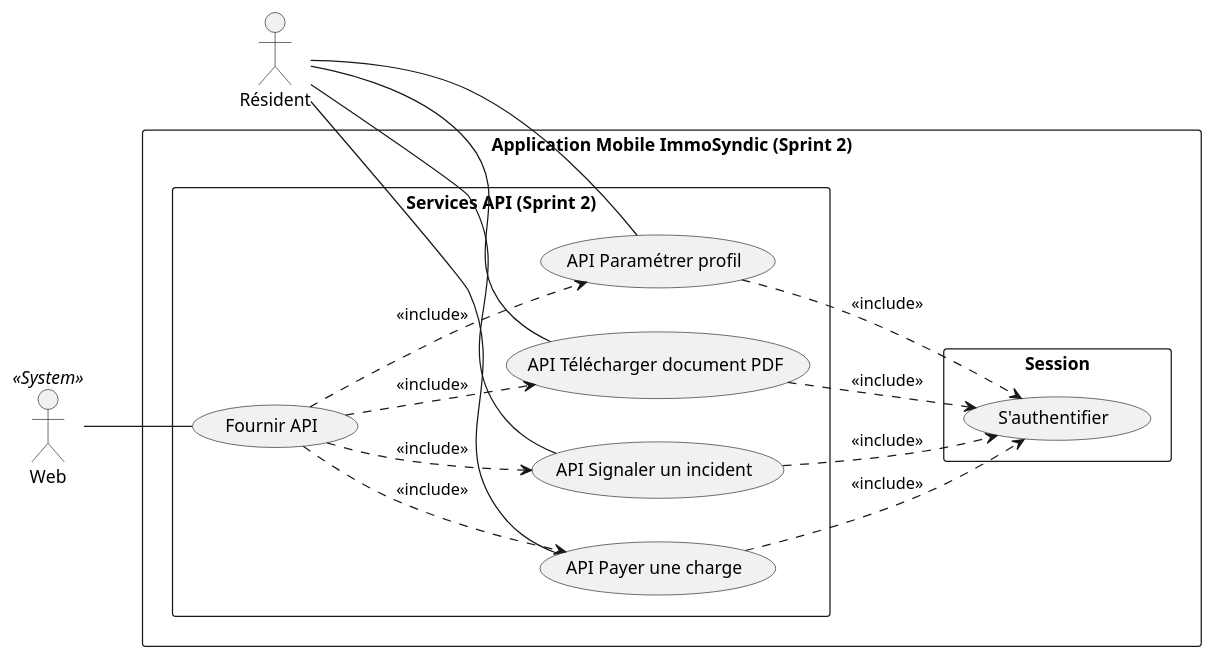
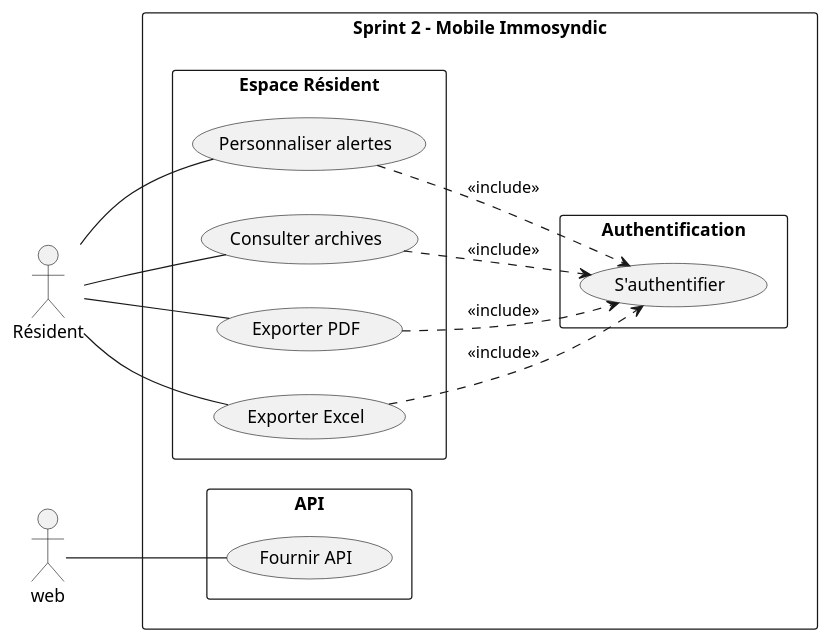
One commit to fadna-lakhouchen/Projet-finale changed the diagram in analyse/ideation/cas_utilisation/use_case_sprint2_mobile.puml. Above: the diagram before and after it, drawn with PlantUML. The commit also changed 27 other files, not shown here.

```diff
--- a/analyse/ideation/cas_utilisation/use_case_sprint2_mobile.puml
+++ b/analyse/ideation/cas_utilisation/use_case_sprint2_mobile.puml
@@ -1,43 +1,43 @@
-@startuml ImmoSyndic_Sprint2_Mobile
+@startuml ImmoSyndic_Mobile_Resident
 left to right direction
 skinparam packageStyle rectangle
 skinparam shadowing false
 
 actor "Résident" as Resident
-actor "Web" as Web <<System>>
+actor "web" as web
 
-rectangle "Application Mobile ImmoSyndic (Sprint 2)" {
+rectangle "Sprint 2 - Mobile Immosyndic" {
 
-  package "Session" {
+  package "Authentification" {
     usecase "S'authentifier" as Auth
   }
 
-  package "Services API (Sprint 2)" {
+  package "Espace Résident" {
+
+    usecase "Consulter archives" as ViewArchives
+    usecase "Exporter PDF" as ExportPDF
+    usecase "Exporter Excel" as ExportExcel
+    usecase "Personnaliser alertes" as SetAlerts
+
+   
+    ViewArchives ..> Auth : <<include>>
+    ExportPDF ..> Auth : <<include>>
+    ExportExcel ..> Auth : <<include>>
+    SetAlerts ..> Auth : <<include>>
+  }
+
+  package "API" {
     usecase "Fournir API" as ProvideAPI
-    usecase "API Payer une charge" as APIMobilePayCharge
-    usecase "API Signaler un incident" as APIMobileReportIncident
-    usecase "API Télécharger document PDF" as APIMobileDownloadPDF
-    usecase "API Paramétrer profil" as APIMobileManageProfile
-
-    ProvideAPI ..> APIMobilePayCharge : <<include>>
-    ProvideAPI ..> APIMobileReportIncident : <<include>>
-    ProvideAPI ..> APIMobileDownloadPDF : <<include>>
-    ProvideAPI ..> APIMobileManageProfile : <<include>>
-
-    APIMobilePayCharge ..> Auth : <<include>>
-    APIMobileReportIncident ..> Auth : <<include>>
-    APIMobileDownloadPDF ..> Auth : <<include>>
-    APIMobileManageProfile ..> Auth : <<include>>
   }
 }
 
-' Users Connections
-Resident -- APIMobilePayCharge
-Resident -- APIMobileReportIncident
-Resident -- APIMobileDownloadPDF
-Resident -- APIMobileManageProfile
+' Resident interacts with web system
+Resident -- ViewArchives
+Resident -- ExportPDF
+Resident -- ExportExcel
+Resident -- SetAlerts
 
-' Backend Connections (Data Source)
-Web -- ProvideAPI
+' web consumes web API
+web -- ProvideAPI
 
 @enduml
```
